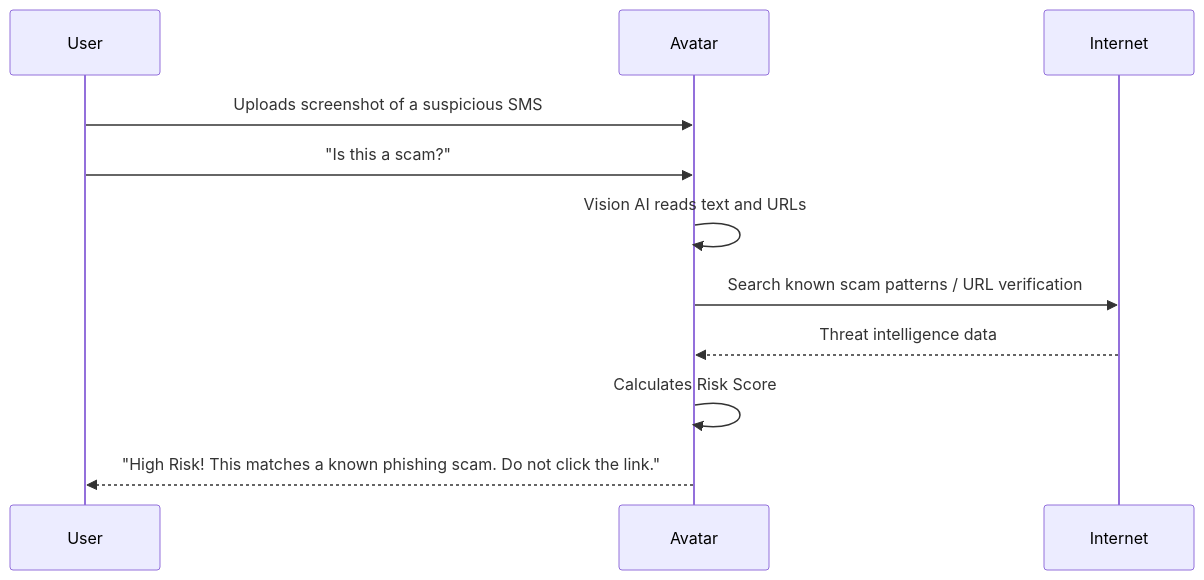
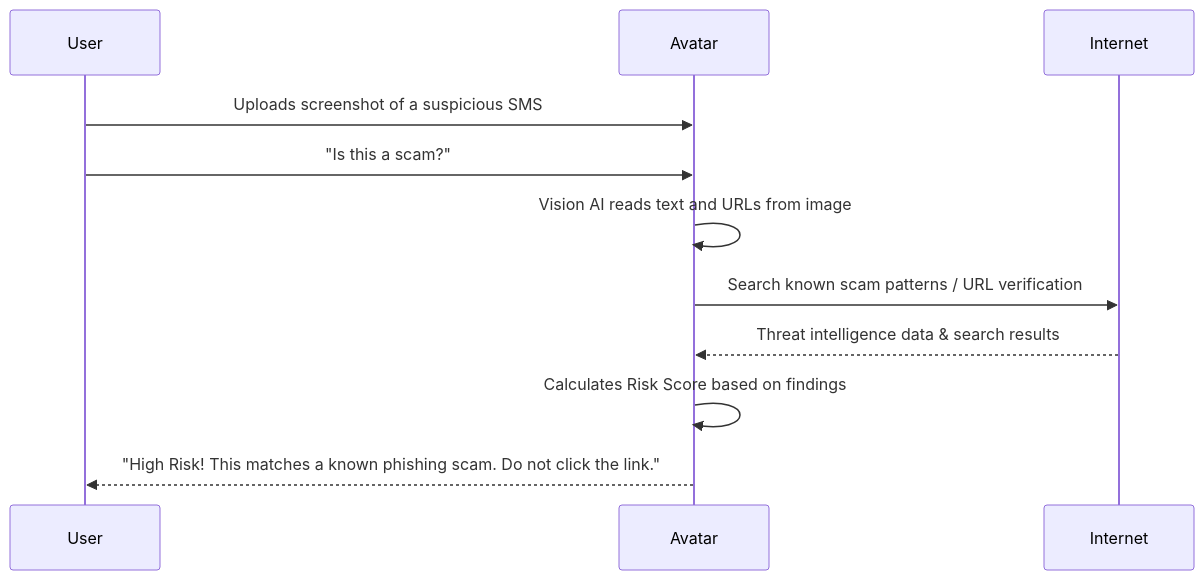
Before and after one commit to KunalNar/Bunq_Hackathon: the fourth of 4 diagrams in README.md, drawn with Mermaid. The commit also changed other lines of this file, not shown here.

Commit message:
docs: rename project to GuardianAI and expand feature roadmap and architecture documentation

````diff
--- a/README.md
+++ b/README.md
@@ -82,14 +115,14 @@
 ```mermaid
 sequenceDiagram
     participant User
     participant Avatar
     participant Internet
     
     User->>Avatar: Uploads screenshot of a suspicious SMS
     User->>Avatar: "Is this a scam?"
-    Avatar->>Avatar: Vision AI reads text and URLs
+    Avatar->>Avatar: Vision AI reads text and URLs from image
     Avatar->>Internet: Search known scam patterns / URL verification
-    Internet-->>Avatar: Threat intelligence data
-    Avatar->>Avatar: Calculates Risk Score
+    Internet-->>Avatar: Threat intelligence data & search results
+    Avatar->>Avatar: Calculates Risk Score based on findings
     Avatar-->>User: "High Risk! This matches a known phishing scam. Do not click the link."
 ```
````
